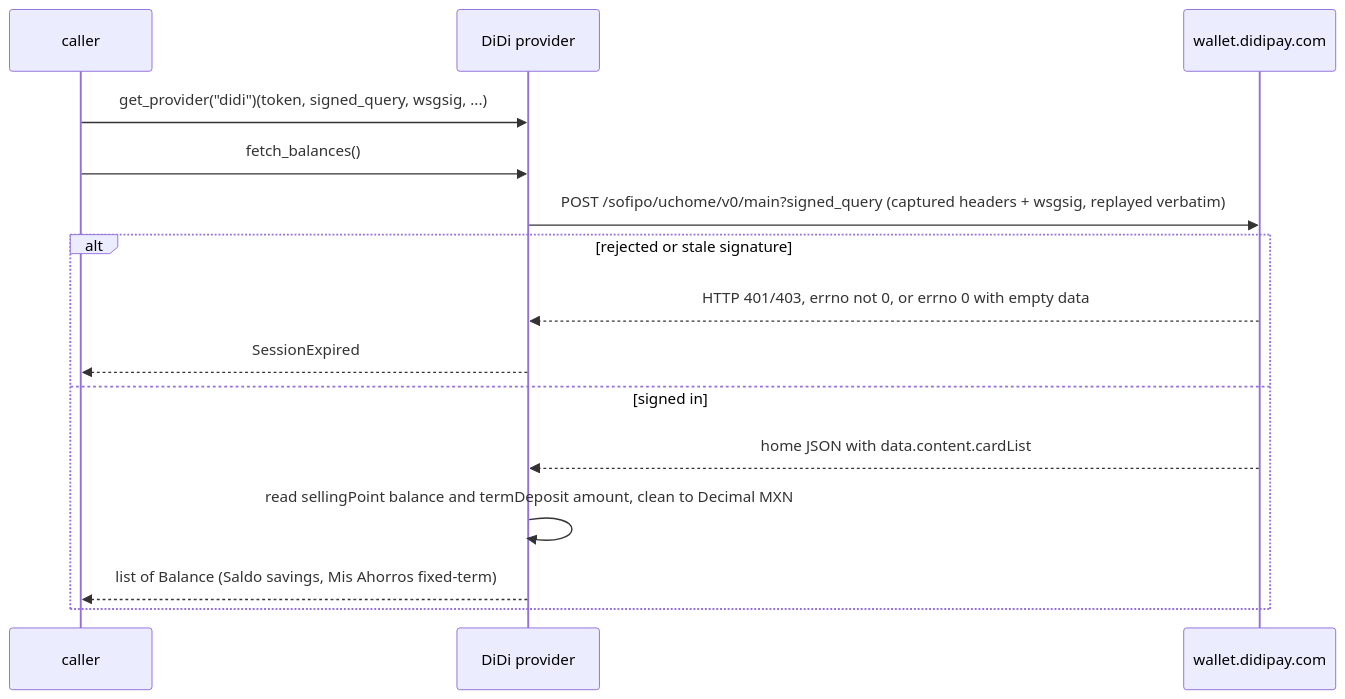
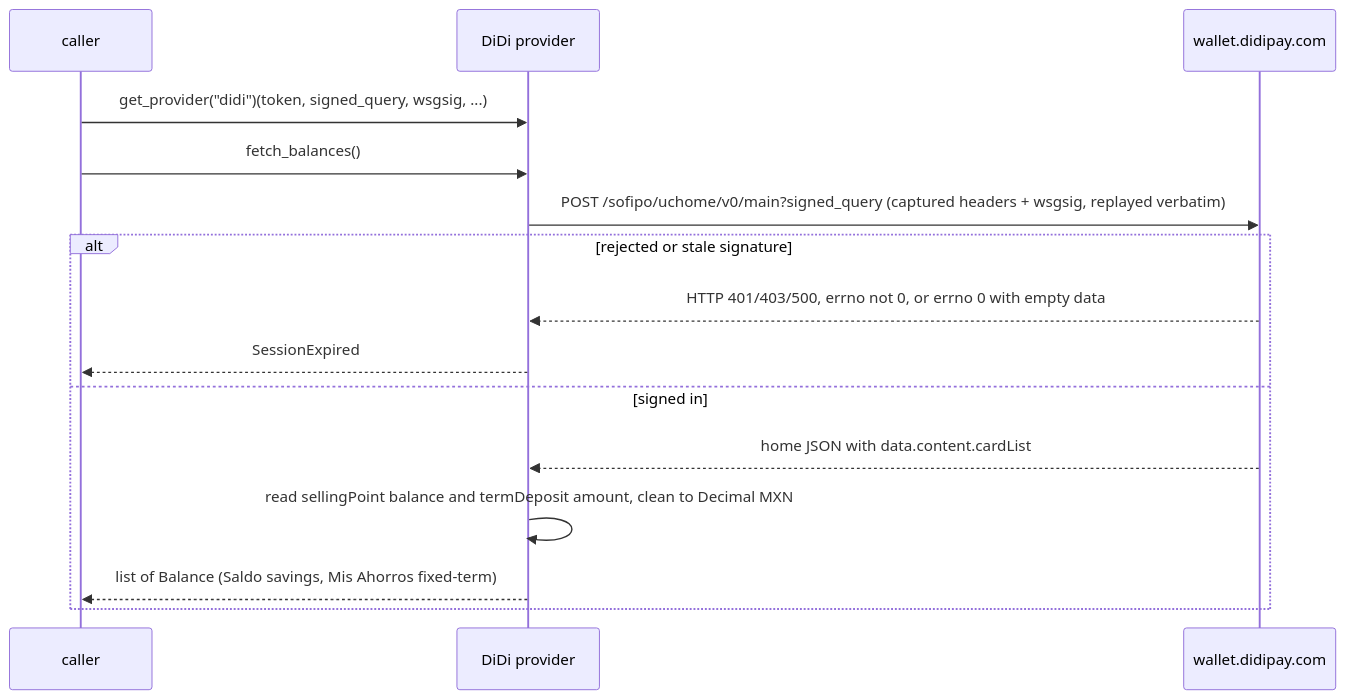
One commit to PaoloReyes/finscraper-mx changed the second of 2 diagrams in docs/flows/didi.md. Above: the diagram before and after it, drawn with Mermaid. The commit also changed other lines of this file and 2 other files, not shown here.

Commit message:
DiDi: a 500 on the replay is SessionExpired with a recapture hint
DiDi answers HTTP 500 when it can't verify the replayed request (fields
from two captures mixed, JSON pasted with escaped quotes, or a lapsed
signature). Raise SessionExpired telling the user to recapture every
field together instead of a bare httpx server error.

Claude-Session: https://claude.ai/code/session_01J2a6Cw6r6uZvb1kKNHwfJ5

````diff
--- a/docs/flows/didi.md
+++ b/docs/flows/didi.md
@@ -34,18 +34,18 @@
 ```mermaid
 sequenceDiagram
   participant C as caller
   participant P as DiDi provider
   participant S as wallet.didipay.com
 
   C->>P: get_provider("didi")(token, signed_query, wsgsig, ...)
   C->>P: fetch_balances()
   P->>S: POST /sofipo/uchome/v0/main?signed_query (captured headers + wsgsig, replayed verbatim)
   alt rejected or stale signature
-    S-->>P: HTTP 401/403, errno not 0, or errno 0 with empty data
+    S-->>P: HTTP 401/403/500, errno not 0, or errno 0 with empty data
     P-->>C: SessionExpired
   else signed in
     S-->>P: home JSON with data.content.cardList
     P->>P: read sellingPoint balance and termDeposit amount, clean to Decimal MXN
     P-->>C: list of Balance (Saldo savings, Mis Ahorros fixed-term)
   end
 ```
````
